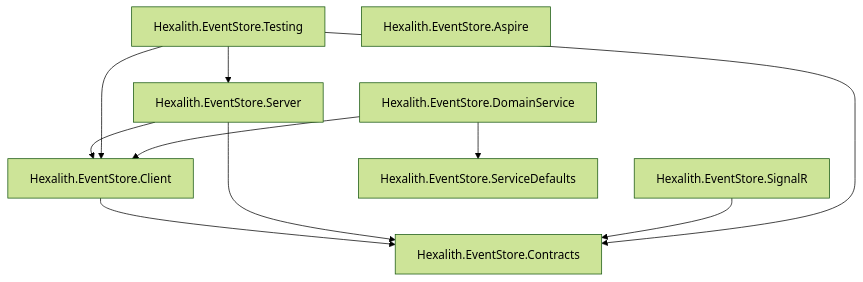
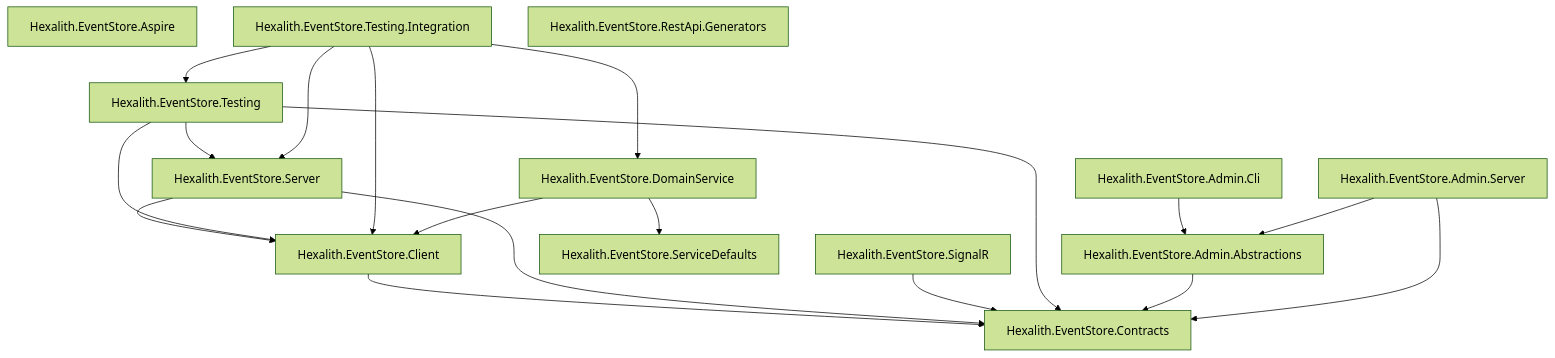
Before and after one commit to Hexalith/Hexalith.EventStore: the diagram in docs/reference/nuget-packages.md, drawn with Mermaid (forest theme). The commit also changed other lines of this file and 16 other files, not shown here.

Commit message:
feat(packaging): publish REST API generator package

````diff
--- a/docs/reference/nuget-packages.md
+++ b/docs/reference/nuget-packages.md
@@ -24,21 +29,34 @@
 ```mermaid
 graph TD
     Contracts[Hexalith.EventStore.Contracts]
     Client[Hexalith.EventStore.Client]
     Server[Hexalith.EventStore.Server]
     SignalR[Hexalith.EventStore.SignalR]
     Testing[Hexalith.EventStore.Testing]
     Aspire[Hexalith.EventStore.Aspire]
     ServiceDefaults[Hexalith.EventStore.ServiceDefaults]
     DomainService[Hexalith.EventStore.DomainService]
+    TestingIntegration[Hexalith.EventStore.Testing.Integration]
+    RestApiGenerators[Hexalith.EventStore.RestApi.Generators]
+    AdminAbstractions[Hexalith.EventStore.Admin.Abstractions]
+    AdminCli[Hexalith.EventStore.Admin.Cli]
+    AdminServer[Hexalith.EventStore.Admin.Server]
 
     Client --> Contracts
     Server --> Client
     Server --> Contracts
     SignalR --> Contracts
     Testing --> Client
     Testing --> Contracts
     Testing --> Server
+    TestingIntegration --> Testing
+    TestingIntegration --> Client
+    TestingIntegration --> Server
+    TestingIntegration --> DomainService
     DomainService --> Client
     DomainService --> ServiceDefaults
+    AdminAbstractions --> Contracts
+    AdminCli --> AdminAbstractions
+    AdminServer --> AdminAbstractions
+    AdminServer --> Contracts
 ```
````
